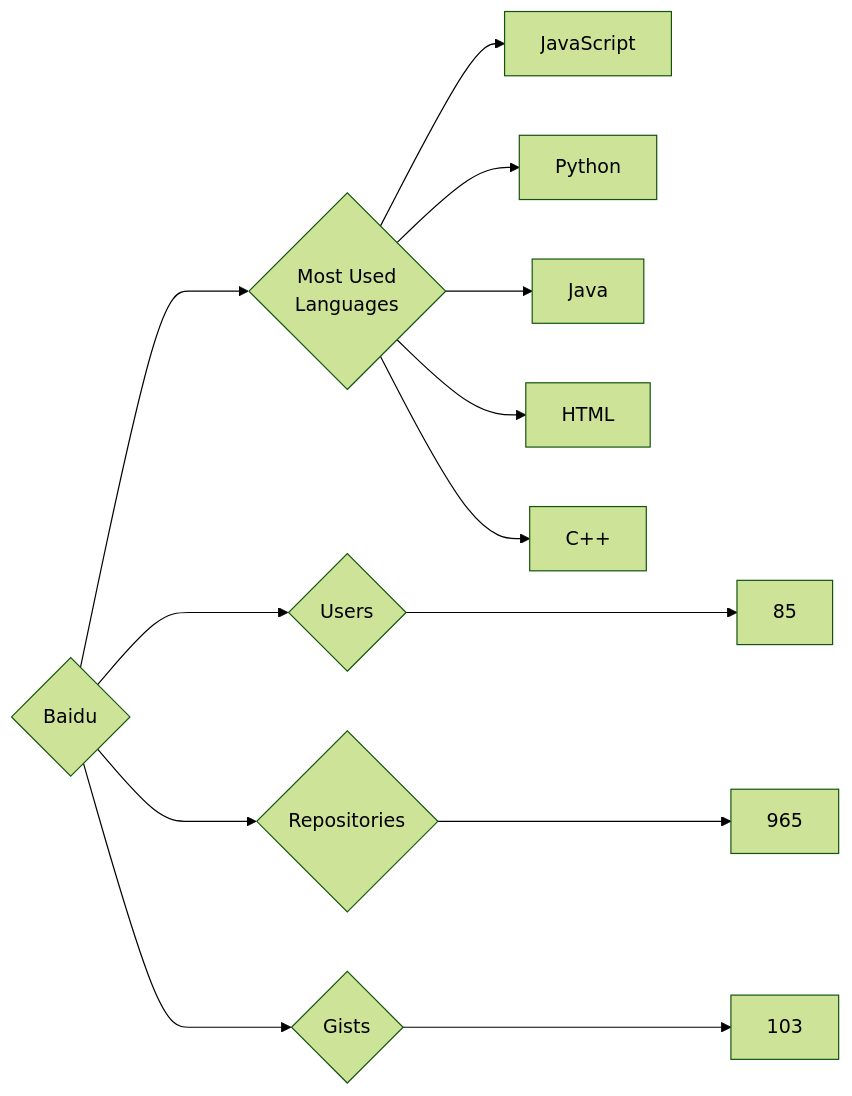
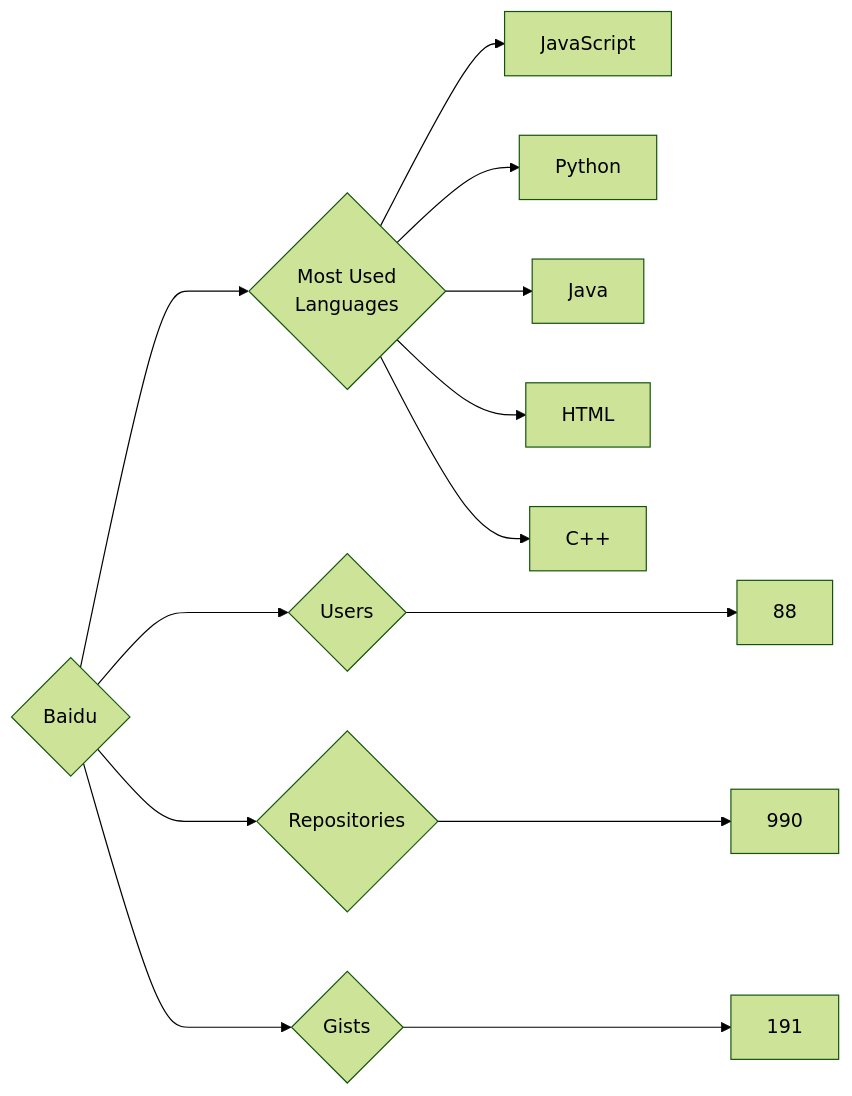
Before and after one commit to trickest/insiders: the diagram in targets/Baidu/README.md, drawn with Mermaid (forest theme). The commit also changed 965 other files, not shown here.

````diff
--- a/targets/Baidu/README.md
+++ b/targets/Baidu/README.md
@@ -3,13 +3,13 @@
 ```mermaid
 graph LR
 COMPANY_NAME{Baidu}
-COMPANY_NAME ---> U{Users} ---> UN[85]
-COMPANY_NAME ---> R{Repositories} ---> RN[965]
-COMPANY_NAME ---> G{Gists} ---> GN[103]
+COMPANY_NAME ---> U{Users} ---> UN[88]
+COMPANY_NAME ---> R{Repositories} ---> RN[990]
+COMPANY_NAME ---> G{Gists} ---> GN[191]
 COMPANY_NAME ---> ML{Most Used<br>Languages}
 ML --> JavaScript[JavaScript]
 ML --> Python[Python]
 ML --> Java[Java]
 ML --> HTML[HTML]
 ML --> C++[C++]
 ```
````
